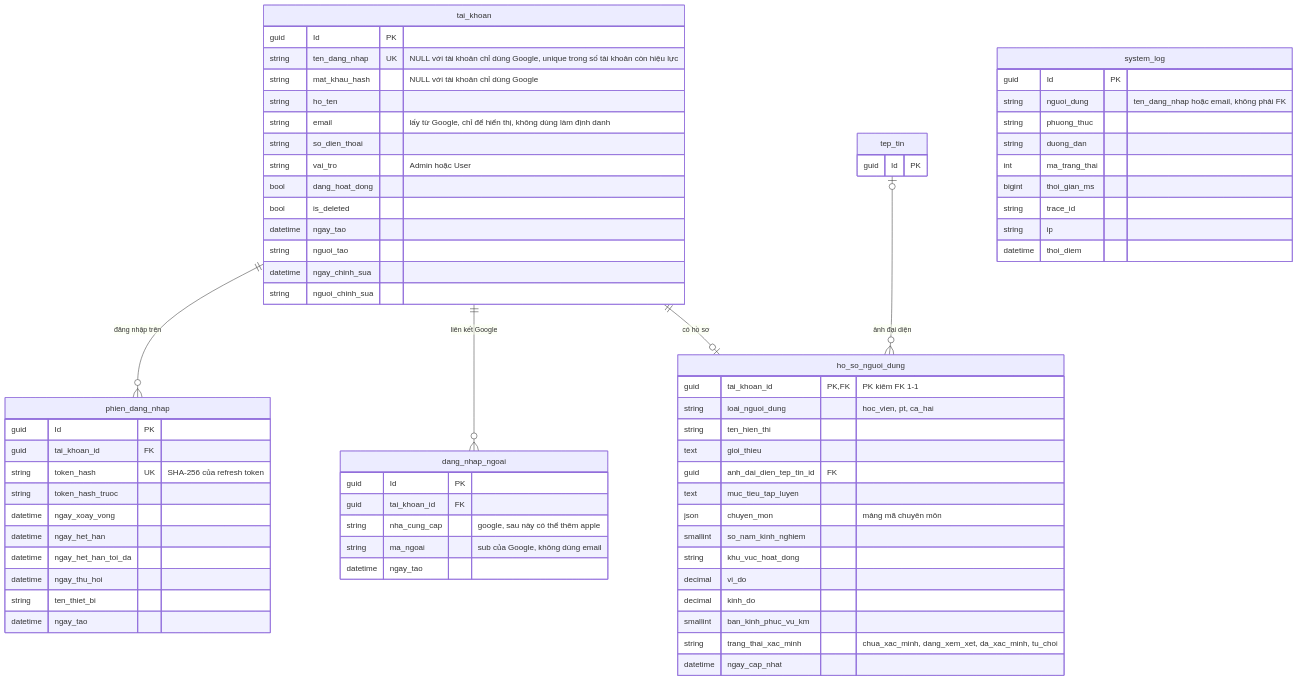
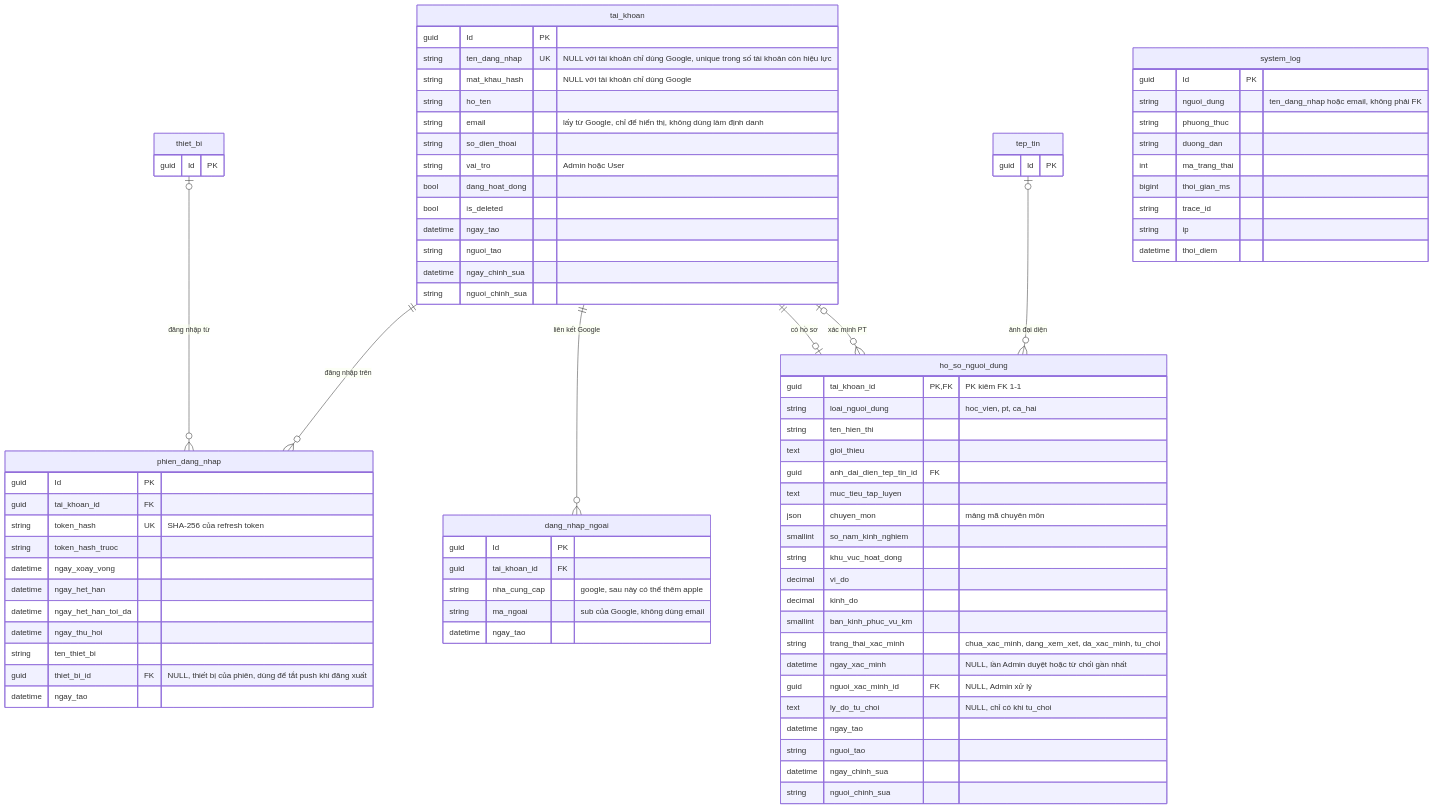
Before and after one commit to ngongochuy2003/GymBase: the first of 3 diagrams in database/diagrams/01-tai-khoan-ho-so.md, drawn with Mermaid. The commit also changed other lines of this file and 12 other files, not shown here.

```diff
--- a/database/diagrams/01-tai-khoan-ho-so.md
+++ b/database/diagrams/01-tai-khoan-ho-so.md
@@ -12,6 +13,8 @@
     tai_khoan ||--o{ dang_nhap_ngoai : "liên kết Google"
     tai_khoan ||--o| ho_so_nguoi_dung : "có hồ sơ"
     tep_tin |o--o{ ho_so_nguoi_dung : "ảnh đại diện"
+    thiet_bi |o--o{ phien_dang_nhap : "đăng nhập từ"
+    tai_khoan |o--o{ ho_so_nguoi_dung : "xác minh PT"
 
     tai_khoan {
         guid Id PK
@@ -38,6 +41,7 @@
         datetime ngay_het_han_toi_da
         datetime ngay_thu_hoi
         string ten_thiet_bi
+        guid thiet_bi_id FK "NULL, thiết bị của phiên, dùng để tắt push khi đăng xuất"
         datetime ngay_tao
     }
     dang_nhap_ngoai {
@@ -61,9 +65,18 @@
         decimal kinh_do
         smallint ban_kinh_phuc_vu_km
         string trang_thai_xac_minh "chua_xac_minh, dang_xem_xet, da_xac_minh, tu_choi"
-        datetime ngay_cap_nhat
+        datetime ngay_xac_minh "NULL, lần Admin duyệt hoặc từ chối gần nhất"
+        guid nguoi_xac_minh_id FK "NULL, Admin xử lý"
+        text ly_do_tu_choi "NULL, chỉ có khi tu_choi"
+        datetime ngay_tao
+        string nguoi_tao
+        datetime ngay_chinh_sua
+        string nguoi_chinh_sua
     }
     tep_tin {
+        guid Id PK
+    }
+    thiet_bi {
         guid Id PK
     }
     system_log {
```
